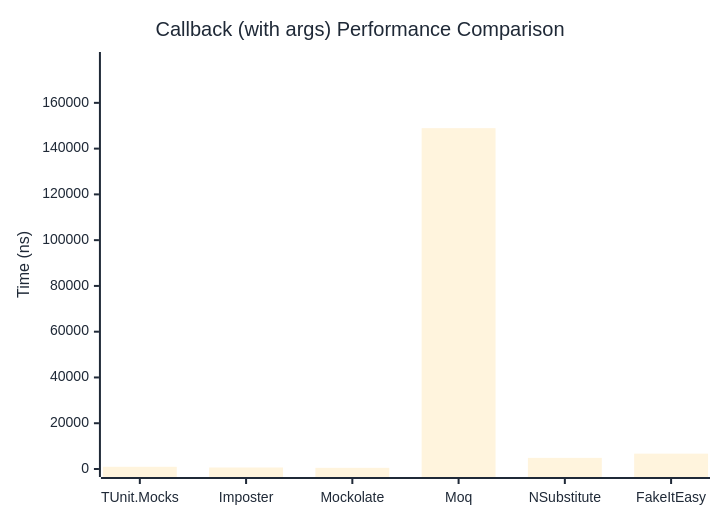
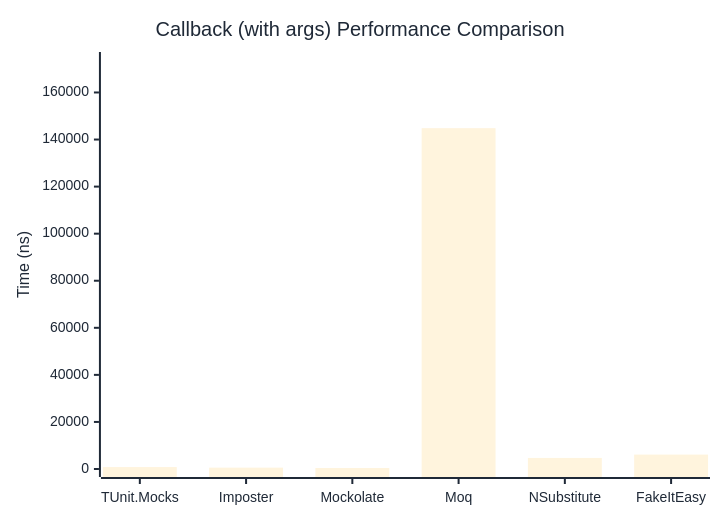
The second of 2 diagrams in docs/docs/benchmarks/mocks/Callback.md (thomhurst/TUnit), drawn with Mermaid before and after one commit. The commit also changed other lines of this file and 14 other files, not shown here.

````diff
--- a/docs/docs/benchmarks/mocks/Callback.md
+++ b/docs/docs/benchmarks/mocks/Callback.md
@@ -69,27 +69,27 @@
 ```mermaid
 %%{init: {
   'theme':'base',
   'themeVariables': {
     'primaryColor': '#2563eb',
     'primaryTextColor': '#1f2937',
     'primaryBorderColor': '#1e40af',
     'lineColor': '#6b7280',
     'secondaryColor': '#7c3aed',
     'tertiaryColor': '#dc2626',
     'background': '#ffffff',
     'pie1': '#2563eb',
     'pie2': '#7c3aed',
     'pie3': '#dc2626',
     'pie4': '#f59e0b',
     'pie5': '#10b981',
     'pie6': '#06b6d4',
     'pie7': '#ec4899',
     'pie8': '#6366f1'
   }
 }}%%
 xychart-beta
   title "Callback (with args) Performance Comparison"
   x-axis ["TUnit.Mocks", "Imposter", "Mockolate", "Moq", "NSubstitute", "FakeItEasy"]
-  y-axis "Time (ns)" 0 --> 178724
-  bar [962.5, 658.8, 508.6, 148935.9, 4866.4, 6709.2]
+  y-axis "Time (ns)" 0 --> 173798
+  bar [818.5, 571.3, 417.4, 144831, 4707.6, 6124.1]
 ```
````
